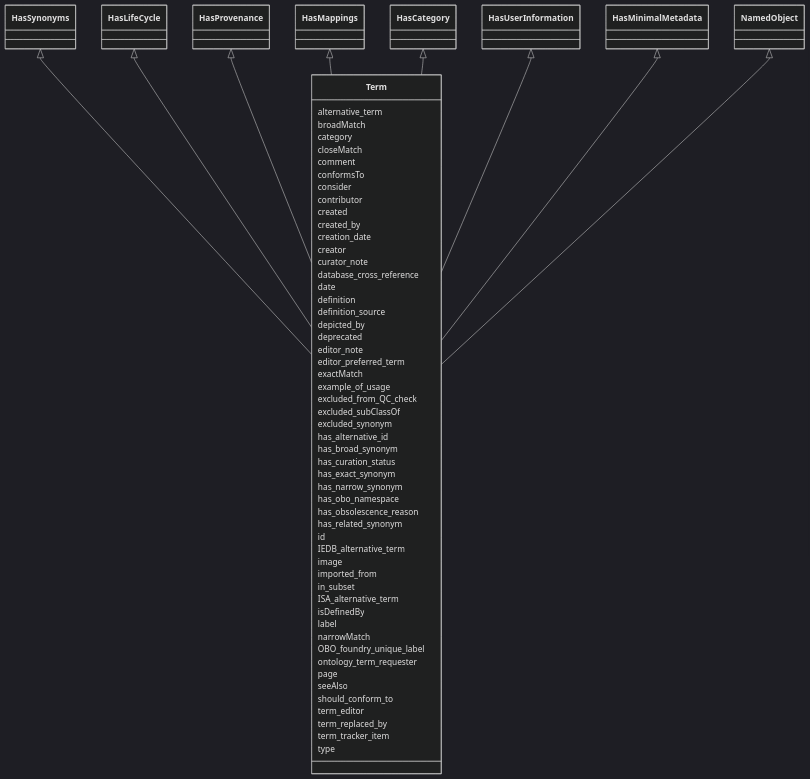
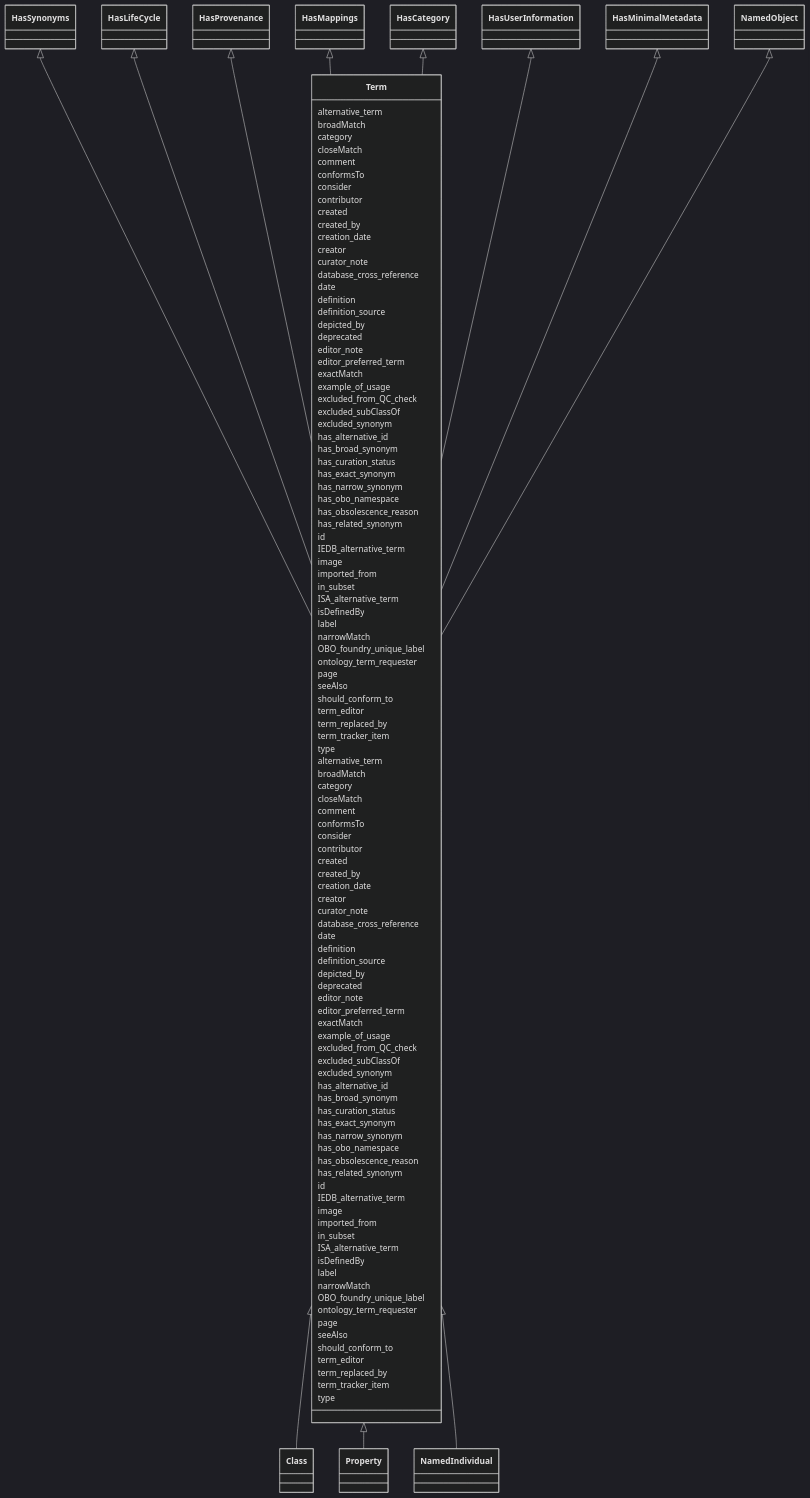
Before and after one commit to INCATools/ontology-access-kit: the diagram in ontology-metadata/Term.md, drawn with Mermaid (dark theme). The commit also changed other lines of this file and 245 other files, not shown here.

````diff
--- a/ontology-metadata/Term.md
+++ b/ontology-metadata/Term.md
@@ -15,5 +15,6 @@
 ```{mermaid}
  classDiagram
+    class Term
       HasSynonyms <|-- Term
       HasLifeCycle <|-- Term
       HasProvenance <|-- Term
@@ -77,4 +78,61 @@
       Term : type
       
 
+      Term <|-- Class
+      Term <|-- Property
+      Term <|-- NamedIndividual
+      
+      Term : alternative_term
+      Term : broadMatch
+      Term : category
+      Term : closeMatch
+      Term : comment
+      Term : conformsTo
+      Term : consider
+      Term : contributor
+      Term : created
+      Term : created_by
+      Term : creation_date
+      Term : creator
+      Term : curator_note
+      Term : database_cross_reference
+      Term : date
+      Term : definition
+      Term : definition_source
+      Term : depicted_by
+      Term : deprecated
+      Term : editor_note
+      Term : editor_preferred_term
+      Term : exactMatch
+      Term : example_of_usage
+      Term : excluded_from_QC_check
+      Term : excluded_subClassOf
+      Term : excluded_synonym
+      Term : has_alternative_id
+      Term : has_broad_synonym
+      Term : has_curation_status
+      Term : has_exact_synonym
+      Term : has_narrow_synonym
+      Term : has_obo_namespace
+      Term : has_obsolescence_reason
+      Term : has_related_synonym
+      Term : id
+      Term : IEDB_alternative_term
+      Term : image
+      Term : imported_from
+      Term : in_subset
+      Term : ISA_alternative_term
+      Term : isDefinedBy
+      Term : label
+      Term : narrowMatch
+      Term : OBO_foundry_unique_label
+      Term : ontology_term_requester
+      Term : page
+      Term : seeAlso
+      Term : should_conform_to
+      Term : term_editor
+      Term : term_replaced_by
+      Term : term_tracker_item
+      Term : type
+      
 ```
````
